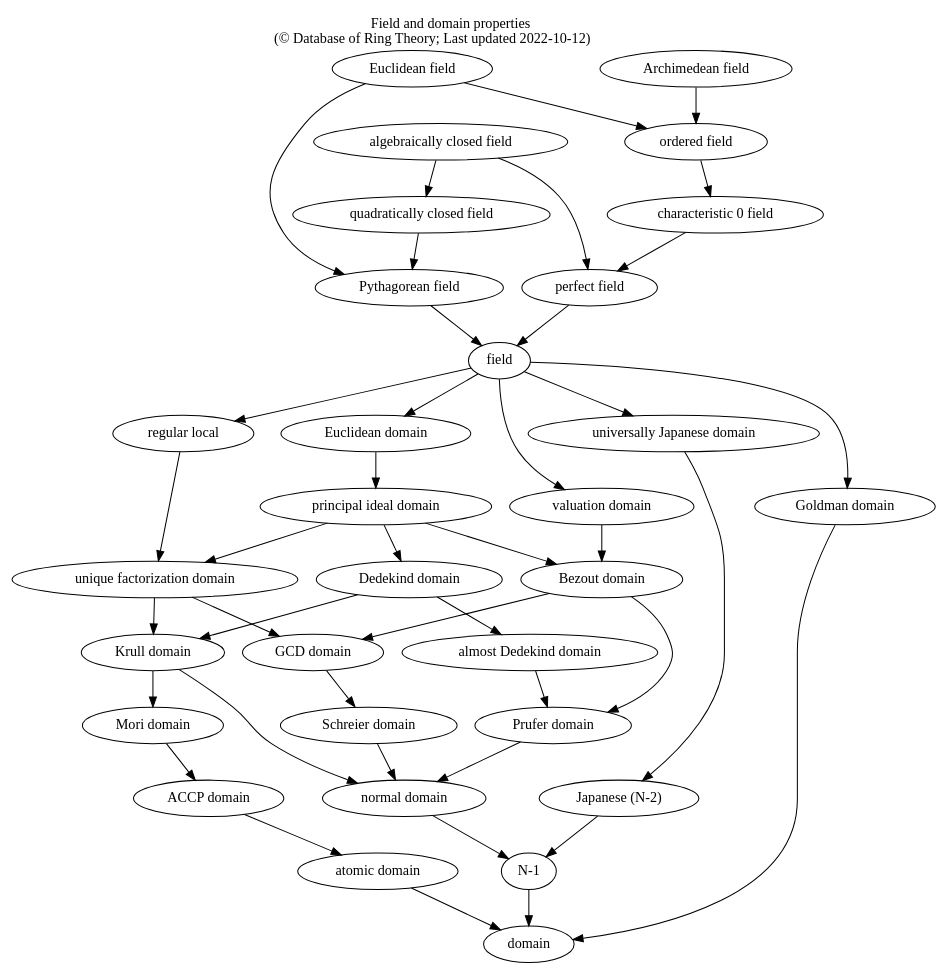
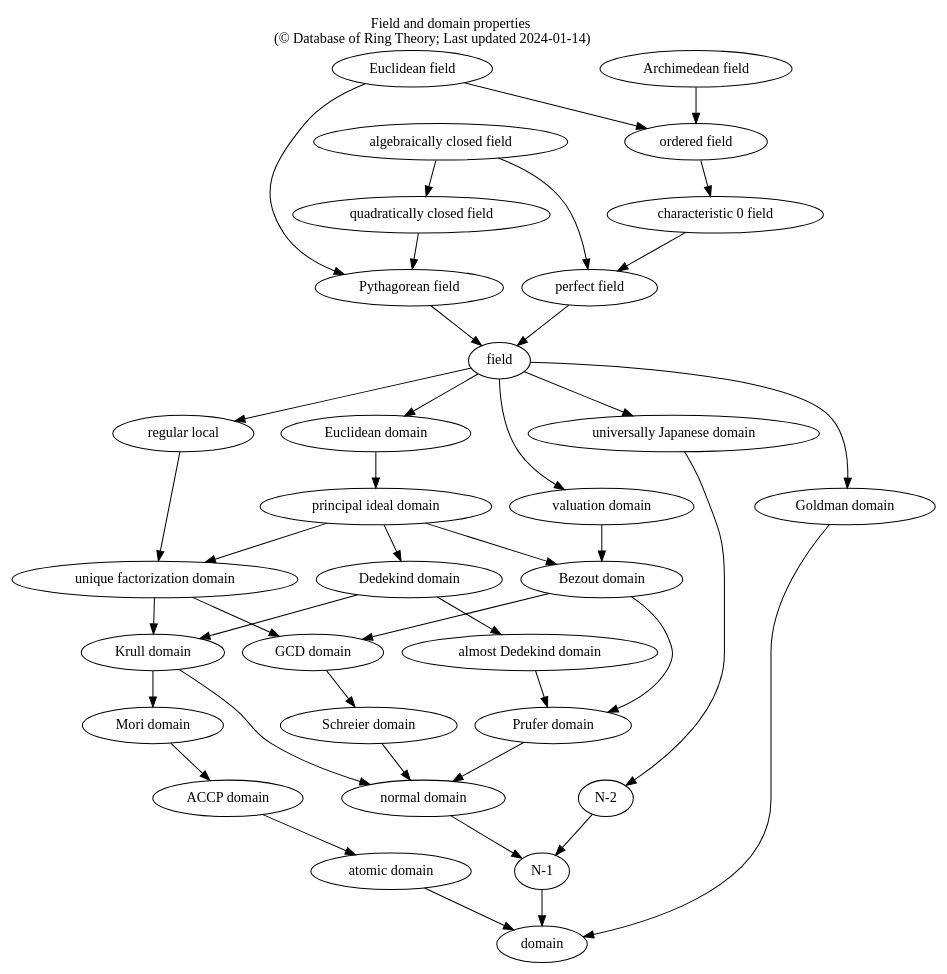
Before and after one commit to rschwiebert/dart_data: the diagram in map_dotfiles/domain.dot, drawn with Graphviz. The commit also changed 16 other files, not shown here.

Commit message:
Updated dot graphs and svgs

```diff
--- a/map_dotfiles/domain.dot
+++ b/map_dotfiles/domain.dot
@@ -1,45 +1,45 @@
 strict digraph {
-    label=<Field and domain properties<br/>(© Database of Ring Theory; Last updated 2022-10-12)>
+    label=<Field and domain properties<br/>(© Database of Ring Theory; Last updated 2024-01-14)>
     URL="https://ringtheory.herokuapp.com/";
     labelloc=top
 	"unique factorization domain" -> "Krull domain"
 	"Euclidean domain" -> "principal ideal domain"
 	"Euclidean field" -> "Pythagorean field"
 	"perfect field" -> field
 	"principal ideal domain" -> "unique factorization domain"
 	"N-1" -> domain
 	"unique factorization domain" -> "GCD domain"
 	field -> "Euclidean domain"
 	field -> "regular local"
 	"Dedekind domain" -> "almost Dedekind domain"
 	"regular local" -> "unique factorization domain"
 	"algebraically closed field" -> "perfect field"
 	"normal domain" -> "N-1"
-	field -> "universally Japanese domain" -> "Japanese (N-2)" -> "N-1"
+	field -> "universally Japanese domain" -> "N-2" -> "N-1"
 	"Archimedean field" -> "ordered field"
 	"principal ideal domain" -> "Dedekind domain"
 	"Pythagorean field" -> field
 	"Goldman domain" -> domain
 	"almost Dedekind domain" -> "Prufer domain"
 	"atomic domain" -> domain
 	"Euclidean field" -> "ordered field"
 	"Krull domain" -> "Mori domain"
 	"principal ideal domain" -> "Bezout domain"
 	"characteristic 0 field" -> "perfect field"
 	"principal ideal domain" -> "Bezout domain"
 	"Schreier domain" -> "normal domain"
 	"GCD domain" -> "Schreier domain"
 	"Bezout domain" -> "Prufer domain"
 	"ordered field" -> "characteristic 0 field"
 	"algebraically closed field" -> "quadratically closed field"
 	"Krull domain" -> "normal domain"
 	"Prufer domain" -> "normal domain"
 	"Bezout domain" -> "GCD domain"
 	"Mori domain" -> "ACCP domain"
 	"ACCP domain" -> "atomic domain"
 	field -> "Goldman domain"
 	"quadratically closed field" -> "Pythagorean field"
 	field -> "valuation domain"
 	"valuation domain" -> "Bezout domain"
 	"Dedekind domain" -> "Krull domain"
 }
```
